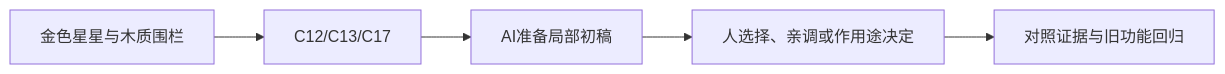
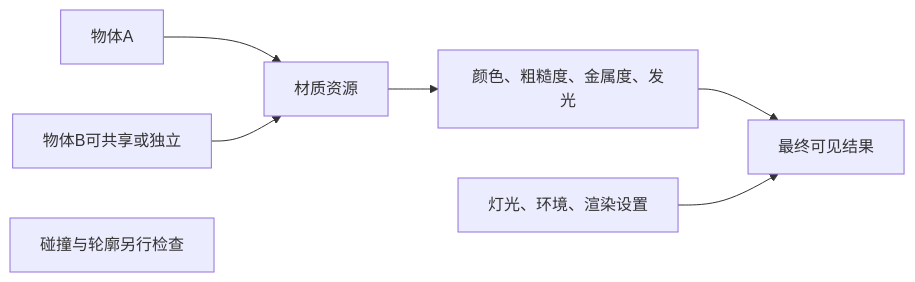
The diagram in curriculum/lessons/B08.md (Zilur/ai-3d-game-learning), drawn with Mermaid before and after one commit. The commit also changed other lines of this file and 164 other files, not shown here.

Commit message:
docs: publish 47 step-by-step AI lesson flows, world upgrade and optional training corner

````diff
--- a/curriculum/lessons/B08.md
+++ b/curriculum/lessons/B08.md
@@ -38,7 +35,9 @@
 ```mermaid
 flowchart LR
-  S["金色星星与木质围栏"] --> K["C12/C13/C17"]
-  K --> AI["AI准备局部初稿"]
-  AI --> H["人选择、亲调或作用途决定"]
-  H --> V["对照证据与旧功能回归"]
+ A["物体A"] --> R["材质资源"]
+ B["物体B可共享或独立"] --> R
+ R --> P["颜色、粗糙度、金属度、发光"]
+ P --> V["最终可见结果"]
+ L["灯光、环境、渲染设置"] --> V
+ C["碰撞与轮廓另行检查"]
 ```
````
